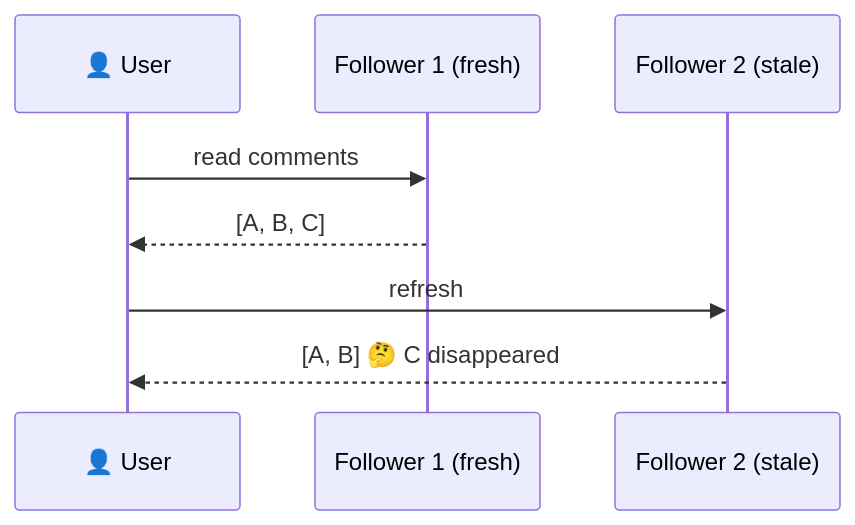
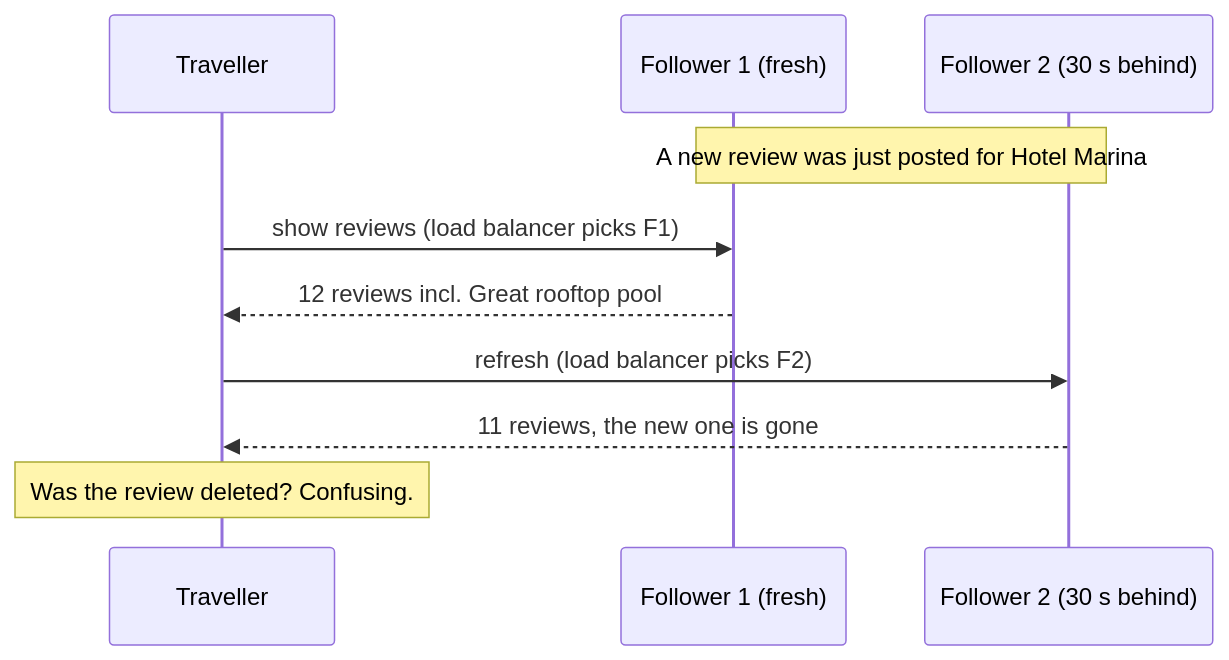
Before and after one commit to pratikguru998/ddia-book: diagram 14 of 35 in docs/chapters/part-2/05-replication.mdx, drawn with Mermaid. The commit also changed other lines of this file and 13 other files, not shown here.

Commit message:
Expand all 12 chapters: every book subsection, deeper notes, ~320 diagrams

````diff
--- a/docs/chapters/part-2/05-replication.mdx
+++ b/docs/chapters/part-2/05-replication.mdx
@@ -135,10 +457,12 @@
 ```mermaid
 sequenceDiagram
-  participant U as 👤 User
+  participant U as Traveller
   participant F1 as Follower 1 (fresh)
-  participant F2 as Follower 2 (stale)
-  U->>F1: read comments
-  F1-->>U: [A, B, C]
-  U->>F2: refresh
-  F2-->>U: [A, B] 🤔 C disappeared
+  participant F2 as Follower 2 (30 s behind)
+  Note over F1,F2: A new review was just posted for Hotel Marina
+  U->>F1: show reviews (load balancer picks F1)
+  F1-->>U: 12 reviews incl. Great rooftop pool
+  U->>F2: refresh (load balancer picks F2)
+  F2-->>U: 11 reviews, the new one is gone
+  Note over U: Was the review deleted? Confusing.
 ```
````
